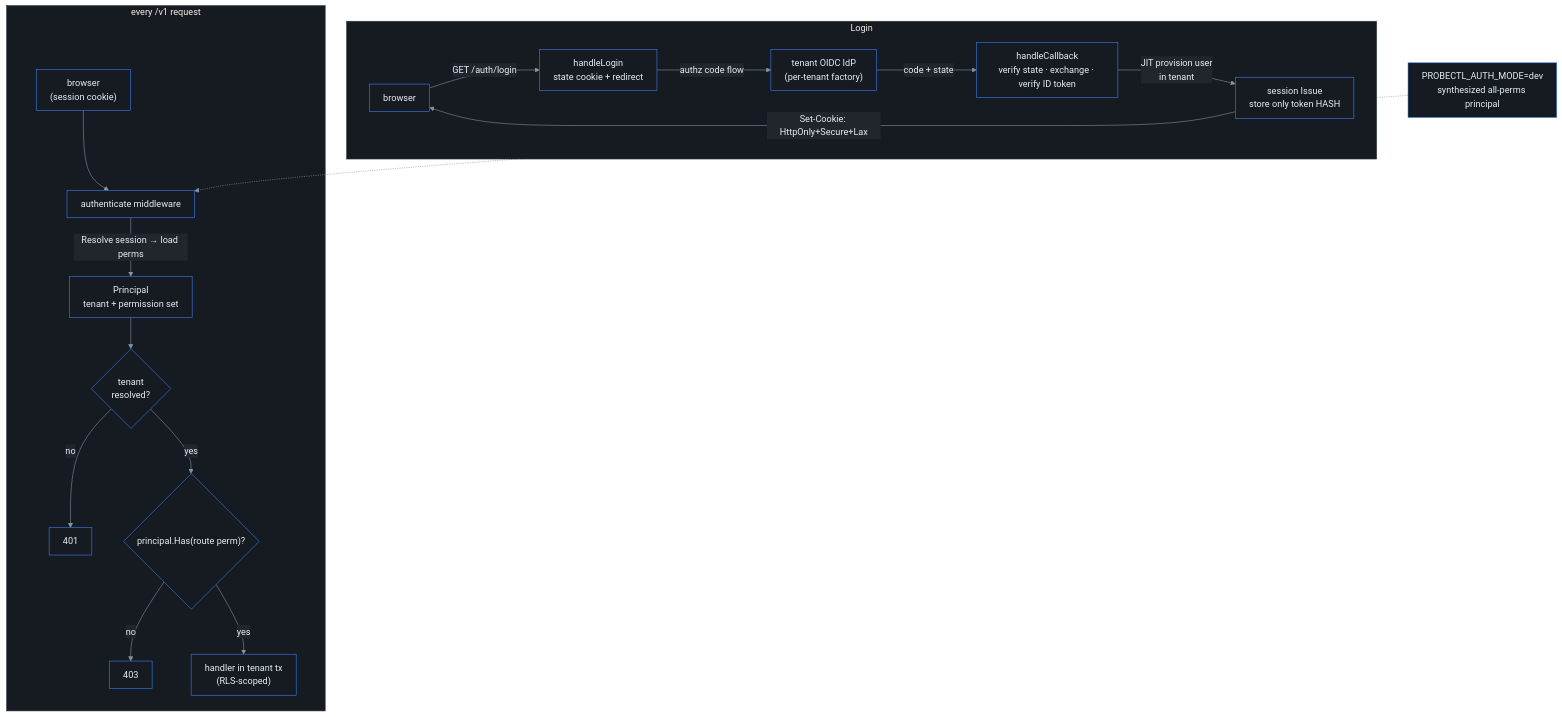
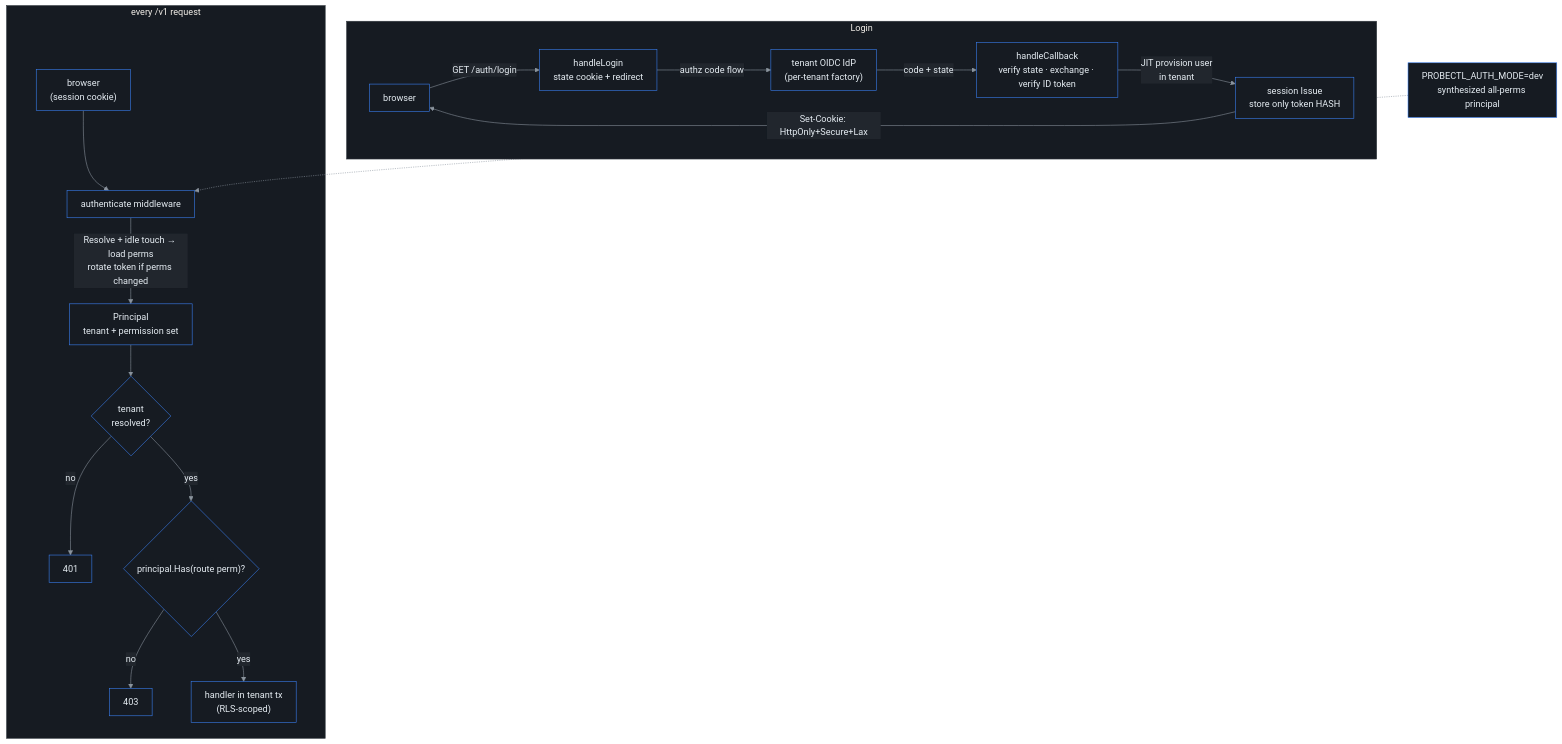
Before and after one commit to ctlplne/probectl: the sixth of 7 diagrams in docs/architecture.md, drawn with Mermaid. The commit also changed other lines of this file and 20 other files, not shown here.

Commit message:
feat(auth): enforce idle timeout and rotate sessions

````diff
--- a/docs/architecture.md
+++ b/docs/architecture.md
@@ -702,21 +702,21 @@
 ```mermaid
 %%{init: {'theme':'base','themeVariables':{'background':'#0d1117','primaryColor':'#161b22','primaryTextColor':'#e6edf3','primaryBorderColor':'#3b82f6','lineColor':'#8b949e','secondaryColor':'#21262d','tertiaryColor':'#0d1117','clusterBkg':'#161b22','clusterBorder':'#30363d','fontFamily':'ui-monospace, SFMono-Regular, Menlo, monospace'},'flowchart':{'curve':'basis','nodeSpacing':55,'rankSpacing':55,'padding':12}}}%%
 flowchart TD
     subgraph Login
       U["browser"] -->|GET /auth/login| LOGIN["handleLogin<br/>state cookie + redirect"]
       LOGIN -->|authz code flow| IDP["tenant OIDC IdP<br/>(per-tenant factory)"]
       IDP -->|code + state| CB["handleCallback<br/>verify state · exchange · verify ID token"]
       CB -->|JIT provision user<br/>in tenant| ISS["session Issue<br/>store only token HASH"]
       ISS -->|Set-Cookie: HttpOnly+Secure+Lax| U
     end
     subgraph Request["every /v1 request"]
       U2["browser<br/>(session cookie)"] --> MW["authenticate middleware"]
-      MW -->|Resolve session → load perms| PR["Principal<br/>tenant + permission set"]
+      MW -->|Resolve + idle touch → load perms<br/>rotate token if perms changed| PR["Principal<br/>tenant + permission set"]
       PR --> T{"tenant<br/>resolved?"}
       T -- no --> U401["401"]
       T -- yes --> RB{"principal.Has(route perm)?"}
       RB -- no --> F403["403"]
       RB -- yes --> H["handler in tenant tx<br/>(RLS-scoped)"]
     end
     DEV["PROBECTL_AUTH_MODE=dev<br/>synthesized all-perms principal"] -.-> MW
 ```
````
